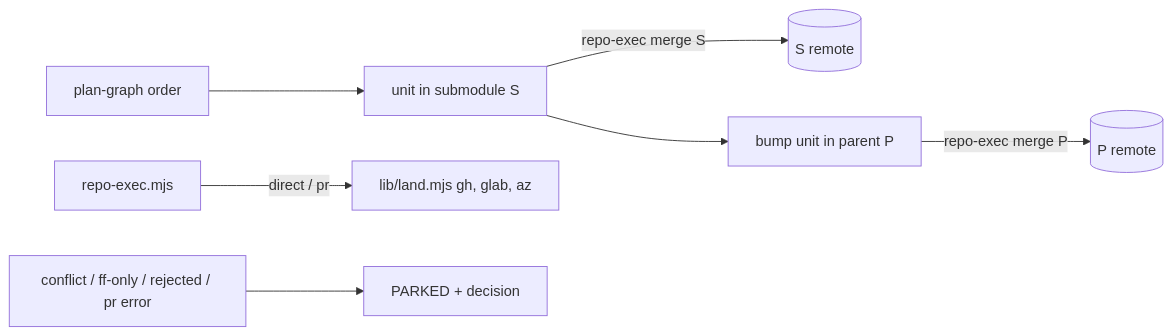
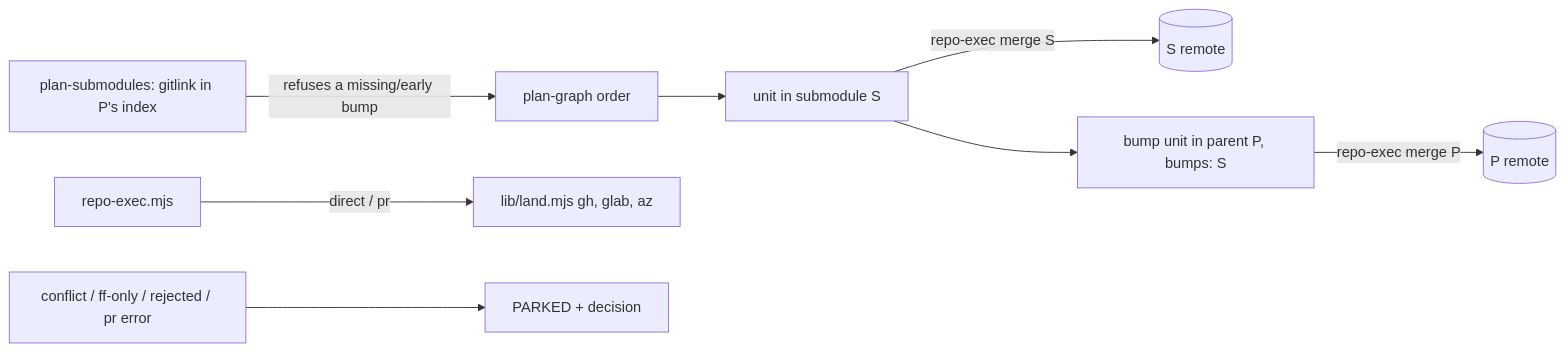
One commit to plantgreytrees/craftsman changed the diagram in docs/architecture/landing.md. Above: the diagram before and after it, drawn with Mermaid. The commit also changed other lines of this file and 3 other files, not shown here.

First line of the commit message:
docs(architect): re-verify landing, auto, engine at 5fab154; landing.md describes the bump check

````diff
--- a/docs/architecture/landing.md
+++ b/docs/architecture/landing.md
@@ -21,7 +24,8 @@
 ```mermaid
 flowchart LR
+  PS[plan-submodules: gitlink in P's index] -- refuses a missing/early bump --> PG
   PG[plan-graph order] --> U1[unit in submodule S] -- repo-exec merge S --> S[(S remote)]
-  U1 --> U2[bump unit in parent P] -- repo-exec merge P --> P[(P remote)]
+  U1 --> U2[bump unit in parent P, bumps: S] -- repo-exec merge P --> P[(P remote)]
   RX[repo-exec.mjs] -- direct / pr --> LAND[lib/land.mjs gh, glab, az]
   ERR[conflict / ff-only / rejected / pr error] --> PARK[PARKED + decision]
 ```
````
